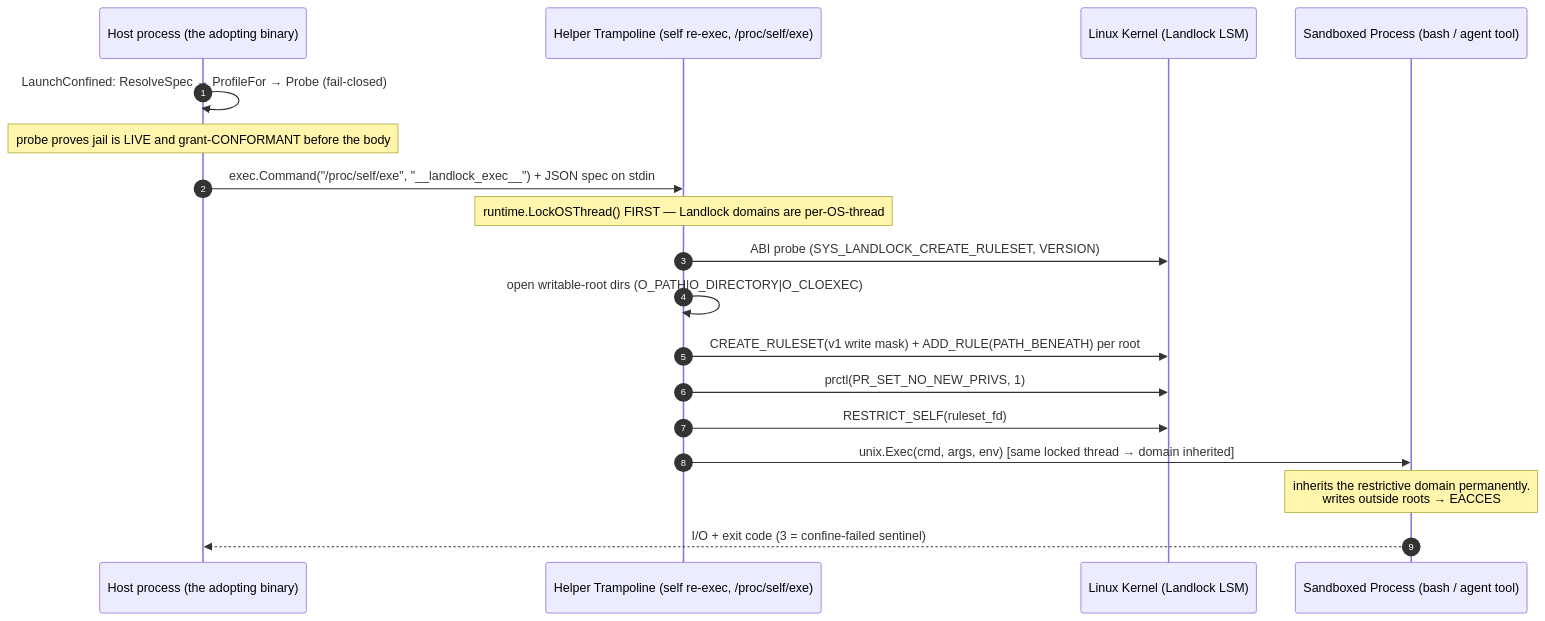
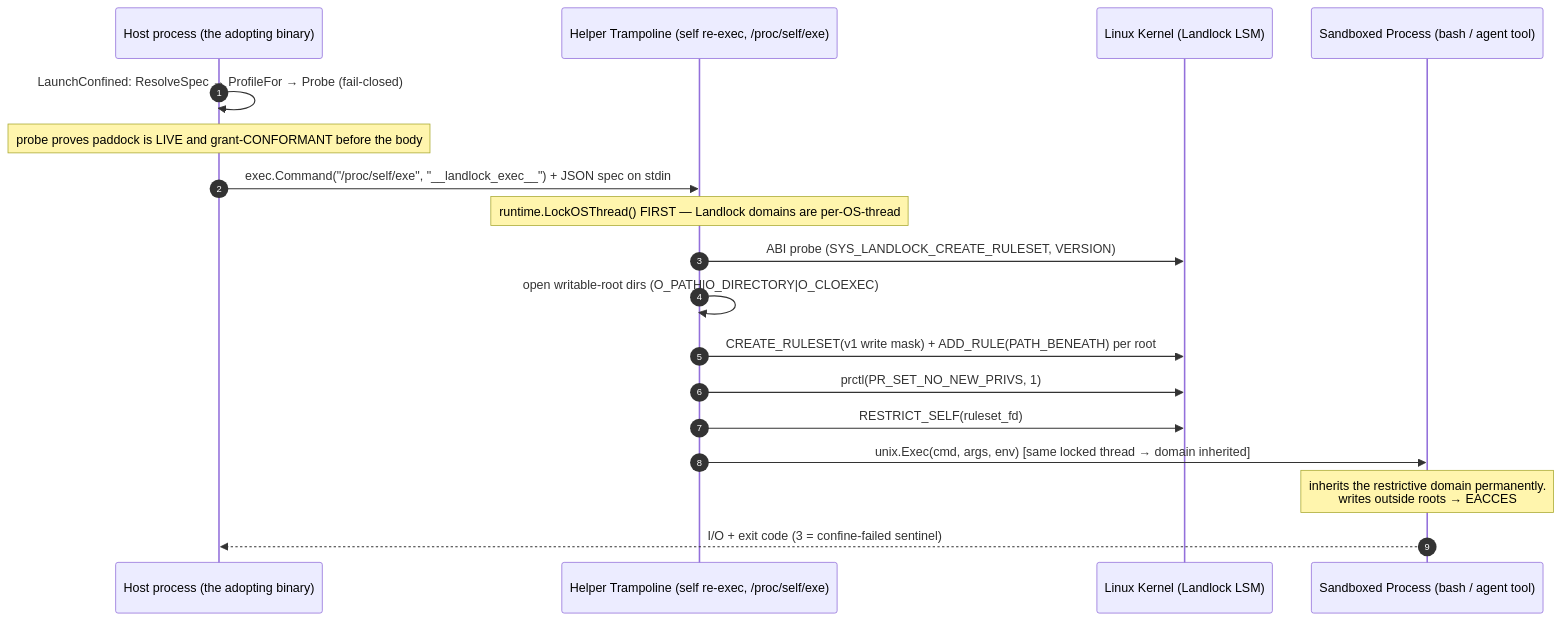
One commit to buchenberg/goatherd-runtime changed the diagram in docs/plans/01-landlock-containment.md. Above: the diagram before and after it, drawn with Mermaid. The commit also changed other lines of this file and 24 other files, not shown here.

First line of the commit message:
rename the containment 'jail' to 'paddock' (vocabulary + wire values)

````diff
--- a/docs/plans/01-landlock-containment.md
+++ b/docs/plans/01-landlock-containment.md
@@ -173,21 +173,21 @@
 ```mermaid
 sequenceDiagram
     autonumber
     participant Host as Host process (the adopting binary)
     participant Tramp as Helper Trampoline (self re-exec, /proc/self/exe)
     participant Kernel as Linux Kernel (Landlock LSM)
     participant Target as Sandboxed Process (bash / agent tool)
 
     Host->>Host: LaunchConfined: ResolveSpec → ProfileFor → Probe (fail-closed)
-    Note over Host: probe proves jail is LIVE and grant-CONFORMANT before the body
+    Note over Host: probe proves paddock is LIVE and grant-CONFORMANT before the body
     Host->>Tramp: exec.Command("/proc/self/exe", "__landlock_exec__") + JSON spec on stdin
     Note over Tramp: runtime.LockOSThread() FIRST — Landlock domains are per-OS-thread
     Tramp->>Kernel: ABI probe (SYS_LANDLOCK_CREATE_RULESET, VERSION)
     Tramp->>Tramp: open writable-root dirs (O_PATH|O_DIRECTORY|O_CLOEXEC)
     Tramp->>Kernel: CREATE_RULESET(v1 write mask) + ADD_RULE(PATH_BENEATH) per root
     Tramp->>Kernel: prctl(PR_SET_NO_NEW_PRIVS, 1)
     Tramp->>Kernel: RESTRICT_SELF(ruleset_fd)
     Tramp->>Target: unix.Exec(cmd, args, env)   [same locked thread → domain inherited]
     Note over Target: inherits the restrictive domain permanently.<br/>writes outside roots → EACCES
     Target-->>Host: I/O + exit code (3 = confine-failed sentinel)
 ```
````
